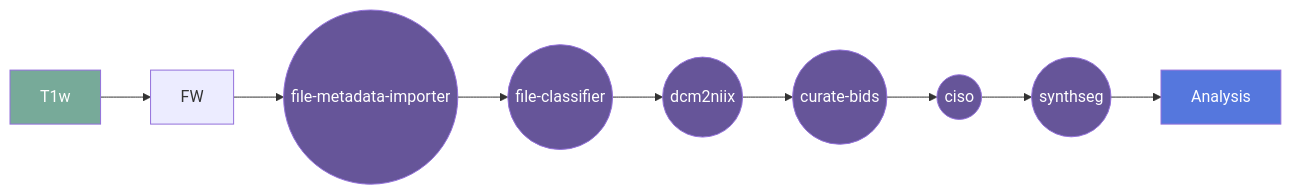
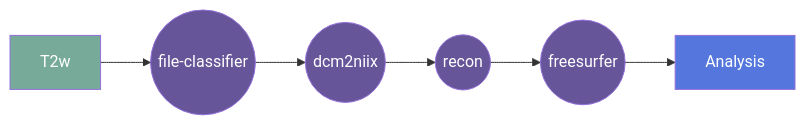
One commit to Nialljb/fw-freeSurfer-clinical-gear changed the diagram in README.md. Above: the diagram before and after it, drawn with Mermaid. The commit also changed other lines of this file and 2 other files, not shown here.

````diff
--- a/README.md
+++ b/README.md
@@ -135,16 +137,13 @@
 ```mermaid
   graph LR;
-    A[T1w]:::input --> FW;
-    FW[FW] --> FMI;
-    FMI((file-metadata-importer)):::gear --> FC;
-    FC((file-classifier)):::gear --> D2N;
-    D2N((dcm2niix)):::gear --> CB;
-    CB((curate-bids)):::gear --> CISO;
-    CISO((ciso)):::gear --> SS;
-    SS((synthseg)):::gear --> ANA;
+    A[T2w]:::input --> FW;
+    FW((file-classifier)):::gear --> D2N;
+    D2N((dcm2niix)):::gear --> MRR;
+    MRR((recon)):::gear --> RAC;
+    RAC((freesurfer)):::gear --> ANA;
     ANA[Analysis]:::container;
     
     classDef container fill:#57d,color:#fff
     classDef input fill:#7a9,color:#fff
     classDef gear fill:#659,color:#fff
 ```
````
